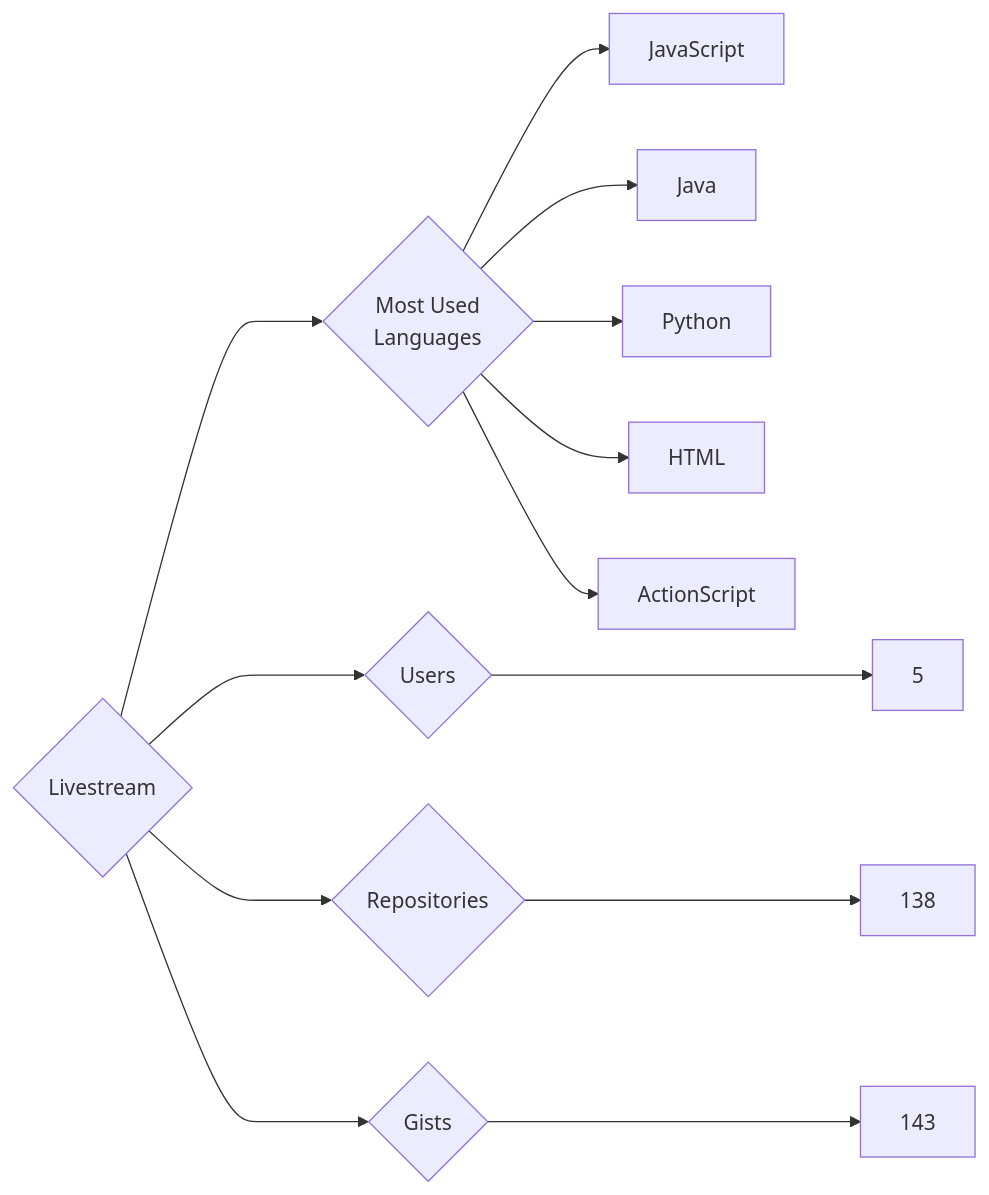
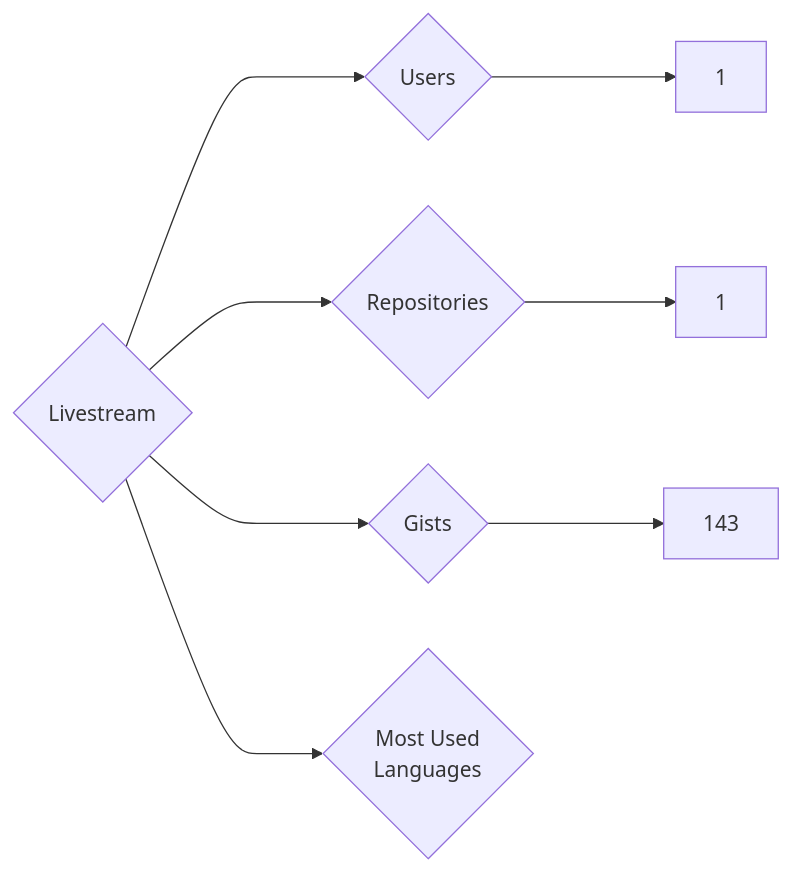
One commit to trickest/insiders changed the diagram in targets/Livestream/README.md. Above: the diagram before and after it, drawn with Mermaid. The commit also changed 1496 other files, not shown here.

````diff
--- a/targets/Livestream/README.md
+++ b/targets/Livestream/README.md
@@ -3,13 +3,8 @@
 ```mermaid
 graph LR
 COMPANY_NAME{Livestream}
-COMPANY_NAME ---> U{Users} ---> UN[5]
-COMPANY_NAME ---> R{Repositories} ---> RN[138]
+COMPANY_NAME ---> U{Users} ---> UN[1]
+COMPANY_NAME ---> R{Repositories} ---> RN[1]
 COMPANY_NAME ---> G{Gists} ---> GN[143]
 COMPANY_NAME ---> ML{Most Used<br>Languages}
-ML --> JavaScript[JavaScript]
-ML --> Java[Java]
-ML --> Python[Python]
-ML --> HTML[HTML]
-ML --> ActionScript[ActionScript]
 ```
````
